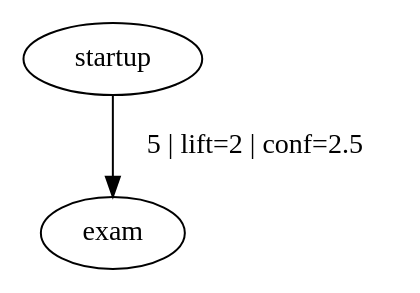
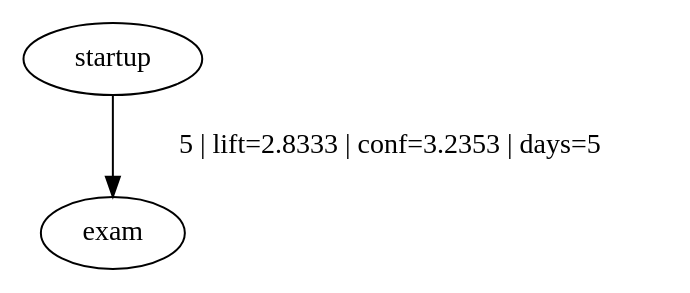
Before and after one commit to Memact/Influnet: the diagram in README.md, drawn with Graphviz. The commit also changed other lines of this file and 5 other files, not shown here.

````diff
--- a/README.md
+++ b/README.md
@@ -166,5 +224,5 @@
 ```dot
 digraph Influnet {
-  "startup" -> "exam" [label="5 | lift=2 | conf=2.5"];
+  "startup" -> "exam" [label="5 | lift=2.8333 | conf=3.2353 | days=5"];
 }
 ```
````
